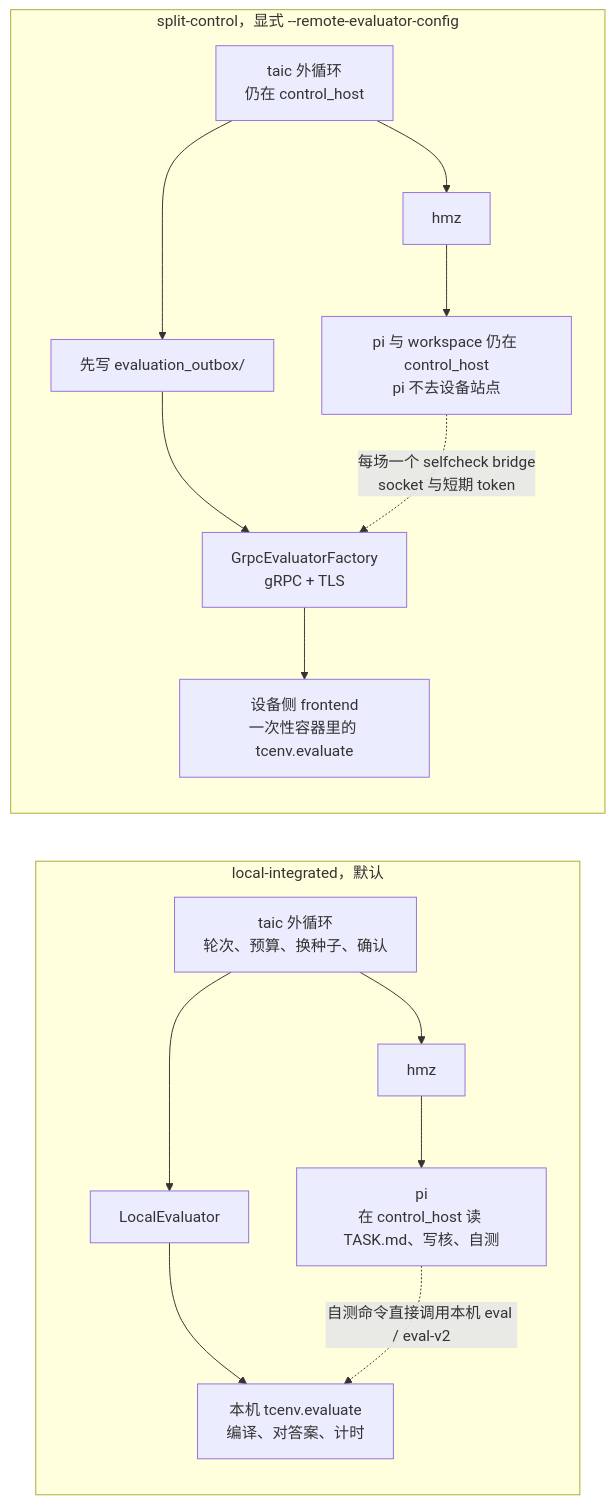
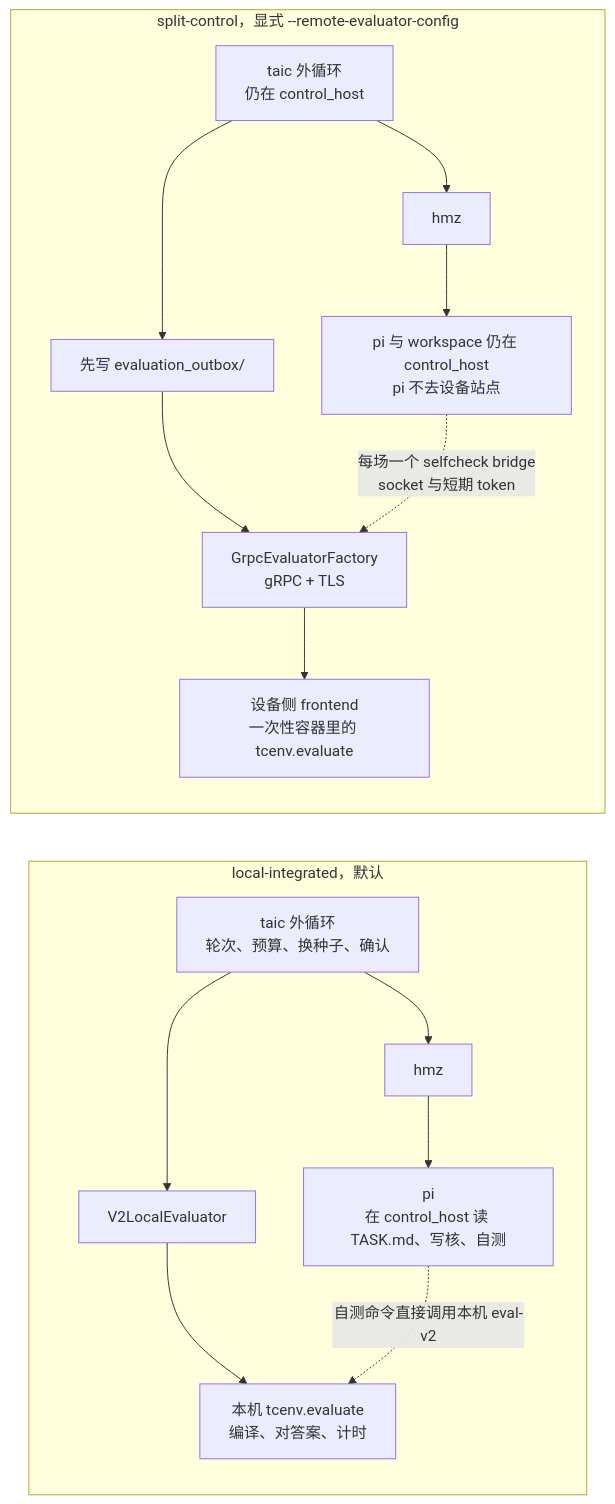
The second of 9 diagrams in docs/架构/执行运行时与设备扩展.md (kuafuwang/ShapeForge), drawn with Mermaid before and after one commit. The commit also changed other lines of this file and 93 other files, not shown here.

````diff
--- a/docs/架构/执行运行时与设备扩展.md
+++ b/docs/架构/执行运行时与设备扩展.md
@@ -52,21 +52,21 @@
 ```mermaid
 flowchart LR
   subgraph local["local-integrated，默认"]
     direction TB
     lt["taic 外循环<br/>轮次、预算、换种子、确认"] --> lh["hmz"]
     lh --> lp["pi<br/>在 control_host 读 TASK.md、写核、自测"]
-    lt --> le["LocalEvaluator"]
+    lt --> le["V2LocalEvaluator"]
     le --> lv["本机 tcenv.evaluate<br/>编译、对答案、计时"]
-    lp -.->|"自测命令直接调用本机 eval / eval-v2"| lv
+    lp -.->|"自测命令直接调用本机 eval-v2"| lv
   end
 
   subgraph split["split-control，显式 --remote-evaluator-config"]
     direction TB
     st["taic 外循环<br/>仍在 control_host"] --> sh["hmz"]
     sh --> sp["pi 与 workspace 仍在 control_host<br/>pi 不去设备站点"]
     st --> so["先写 evaluation_outbox/"]
     so --> sg["GrpcEvaluatorFactory<br/>gRPC + TLS"]
     sg --> ss["设备侧 frontend<br/>一次性容器里的 tcenv.evaluate"]
     sp -.->|"每场一个 selfcheck bridge<br/>socket 与短期 token"| sg
   end
 ```
````
